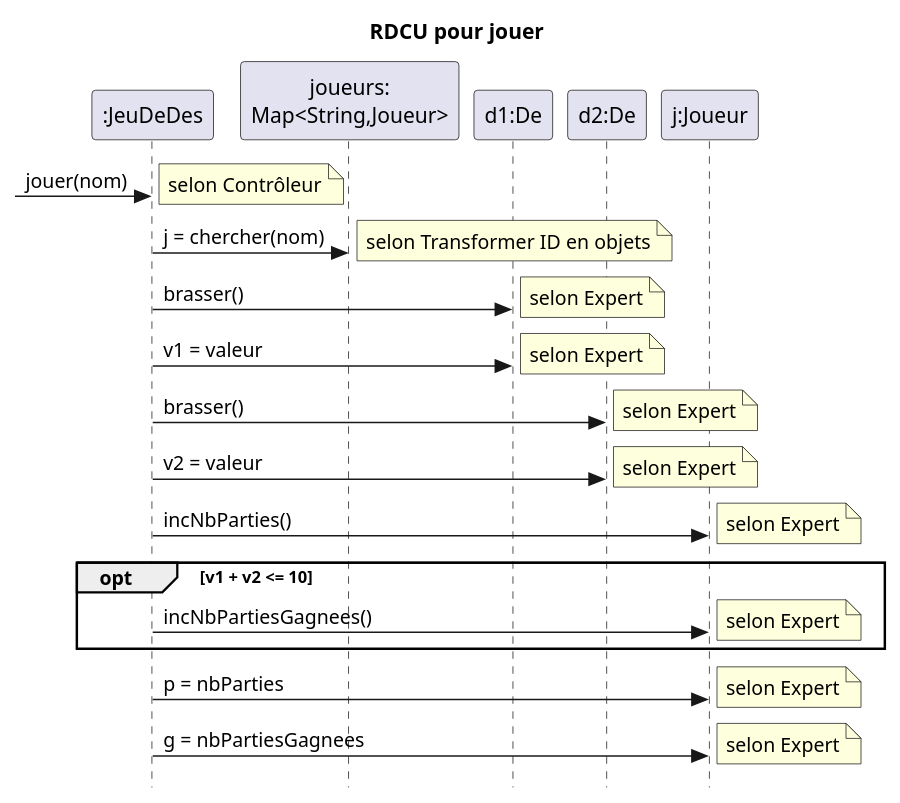
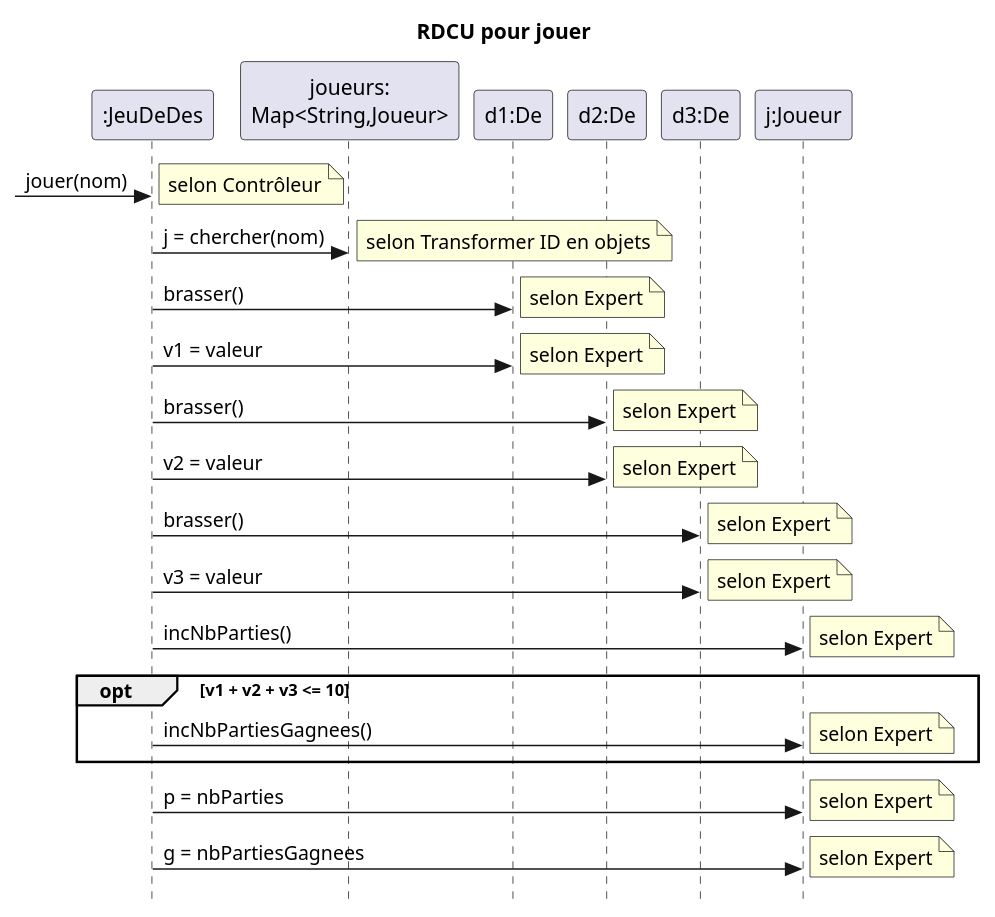
One commit to cc-probitaille/laboratoire-0-Mohamed-Ltf changed the diagram in docs/modeles/rdcu-jouer.puml. Above: the diagram before and after it, drawn with PlantUML. The commit also changed 6 other files, not shown here.

```diff
--- a/docs/modeles/rdcu-jouer.puml
+++ b/docs/modeles/rdcu-jouer.puml
@@ -1,32 +1,37 @@
 @startuml
 skinparam style strictuml
 skinparam defaultfontname Verdana
 title RDCU pour jouer
 participant ":JeuDeDes" as c
 participant "joueurs:\nMap<String,Joueur>" as jm
 participant "d1:De" as d1
 participant "d2:De" as d2
+participant "d3:De" as d3
 participant "j:Joueur" as j
 ->c : jouer(nom)
 note right : selon Contrôleur
 c->jm : j = chercher(nom)
 note right : selon Transformer ID en objets
 c->d1 : brasser()
 note right : selon Expert
 c->d1 : v1 = valeur
 note right : selon Expert
 c->d2 : brasser()
 note right : selon Expert
 c->d2 : v2 = valeur
 note right : selon Expert
+c->d3 : brasser()
+note right : selon Expert
+c->d3 : v3 = valeur
+note right : selon Expert
 c->j : incNbParties()
 note right : selon Expert
-opt v1 + v2 <= 10
+opt v1 + v2 + v3 <= 10
   c->j : incNbPartiesGagnees()
   note right : selon Expert
 end opt
 c->j : p = nbParties
 note right : selon Expert
 c->j : g = nbPartiesGagnees
 note right : selon Expert
 @enduml
```
